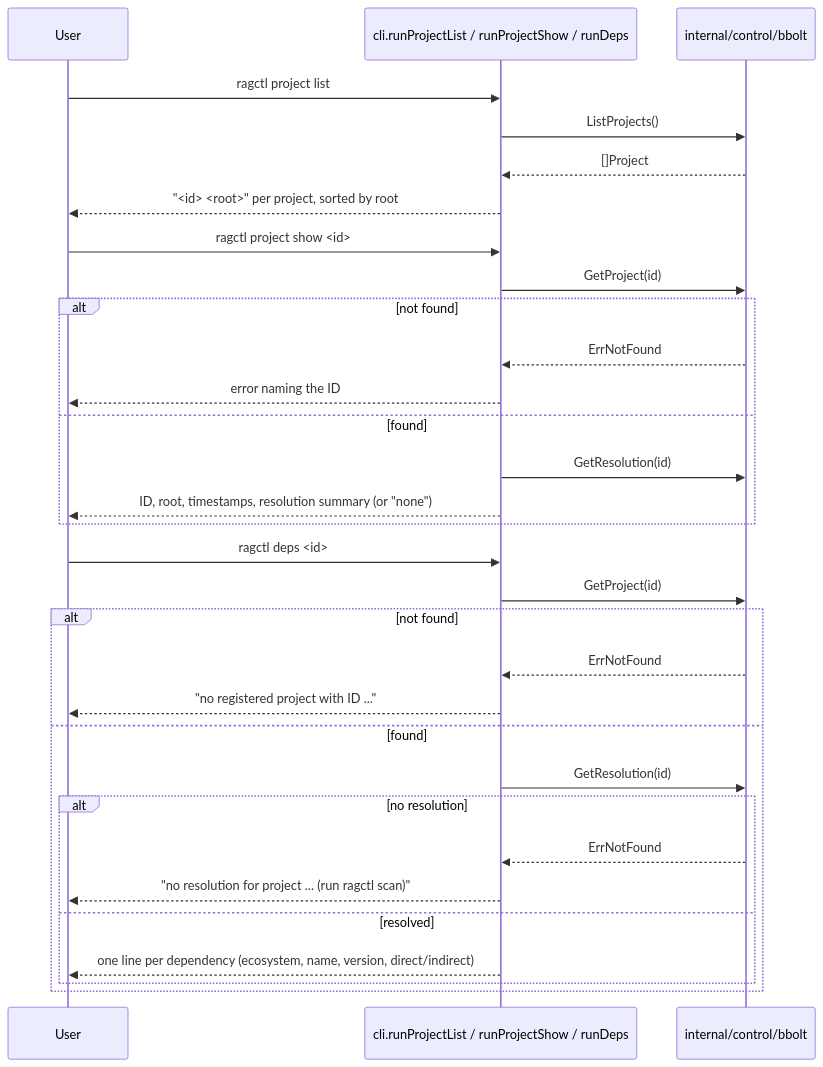
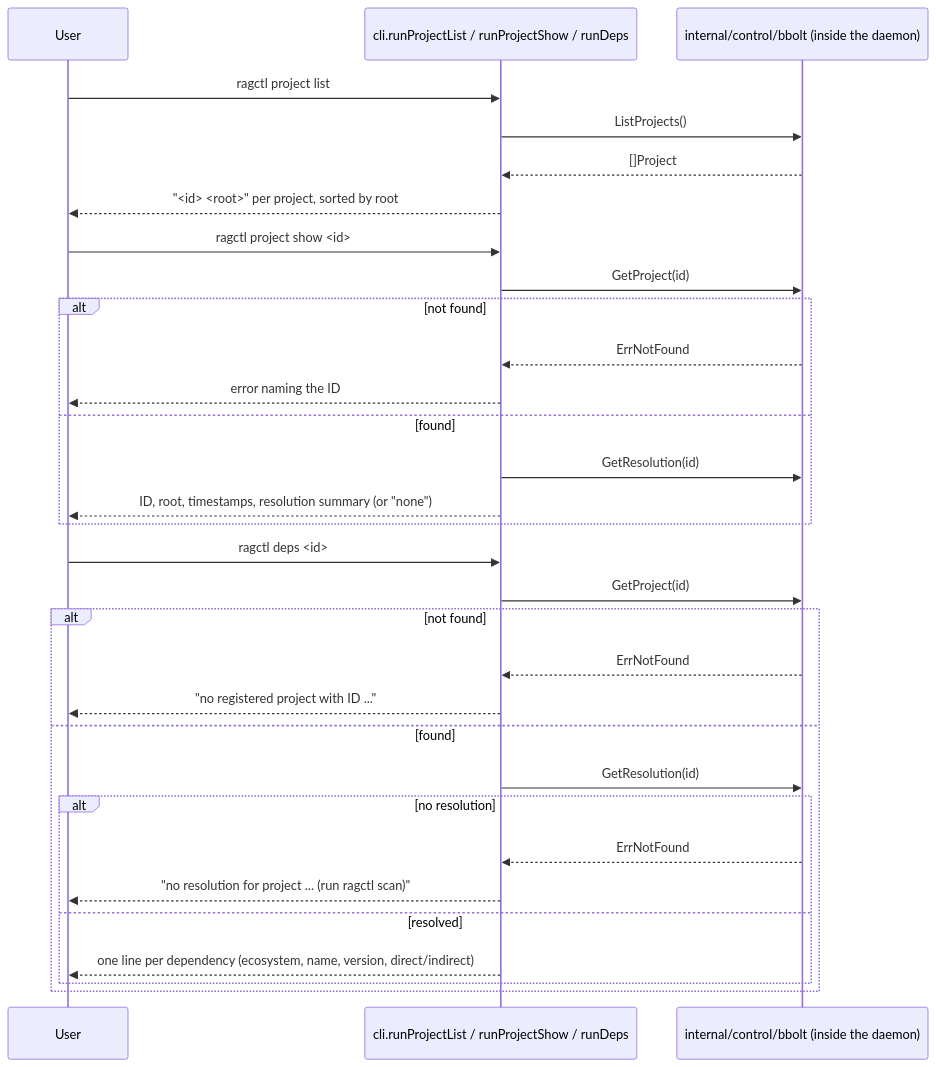
One commit to aleutian-ai/depctl changed the sixth of 12 diagrams in docs/architecture.md. Above: the diagram before and after it, drawn with Mermaid. The commit also changed other lines of this file and 4 other files, not shown here.

````diff
--- a/docs/architecture.md
+++ b/docs/architecture.md
@@ -244,36 +265,36 @@
 ```mermaid
 sequenceDiagram
     participant User
     participant CLI as cli.runProjectList / runProjectShow / runDeps
-    participant Store as internal/control/bbolt
+    participant Store as internal/control/bbolt (inside the daemon)
 
     User->>CLI: ragctl project list
     CLI->>Store: ListProjects()
     Store-->>CLI: []Project
     CLI-->>User: "<id> <root>" per project, sorted by root
 
     User->>CLI: ragctl project show <id>
     CLI->>Store: GetProject(id)
     alt not found
         Store-->>CLI: ErrNotFound
         CLI-->>User: error naming the ID
     else found
         CLI->>Store: GetResolution(id)
         CLI-->>User: ID, root, timestamps, resolution summary (or "none")
     end
 
     User->>CLI: ragctl deps <id>
     CLI->>Store: GetProject(id)
     alt not found
         Store-->>CLI: ErrNotFound
         CLI-->>User: "no registered project with ID ..."
     else found
         CLI->>Store: GetResolution(id)
         alt no resolution
             Store-->>CLI: ErrNotFound
             CLI-->>User: "no resolution for project ... (run ragctl scan)"
         else resolved
             CLI-->>User: one line per dependency (ecosystem, name, version, direct/indirect)
         end
     end
 ```
````
